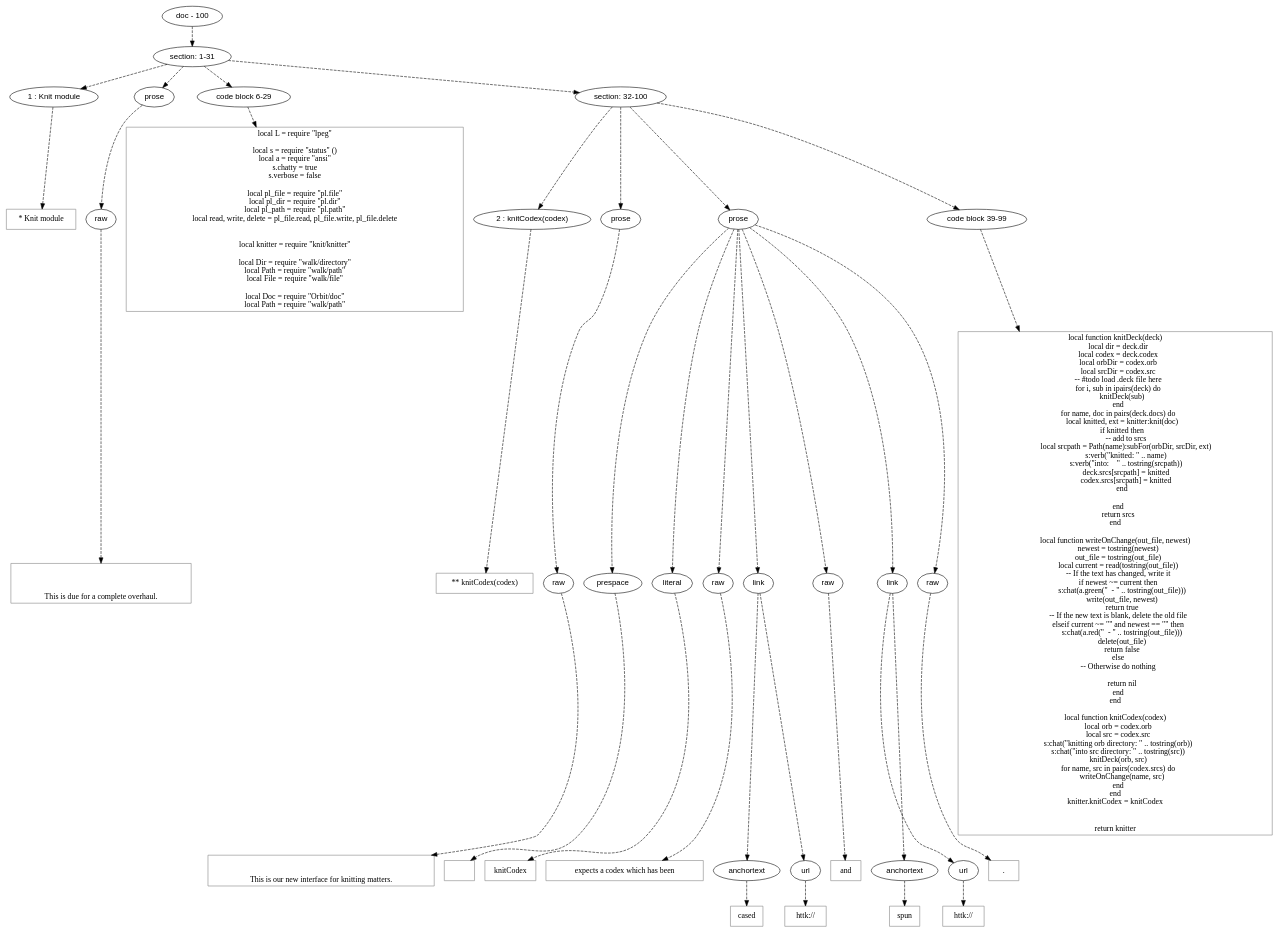
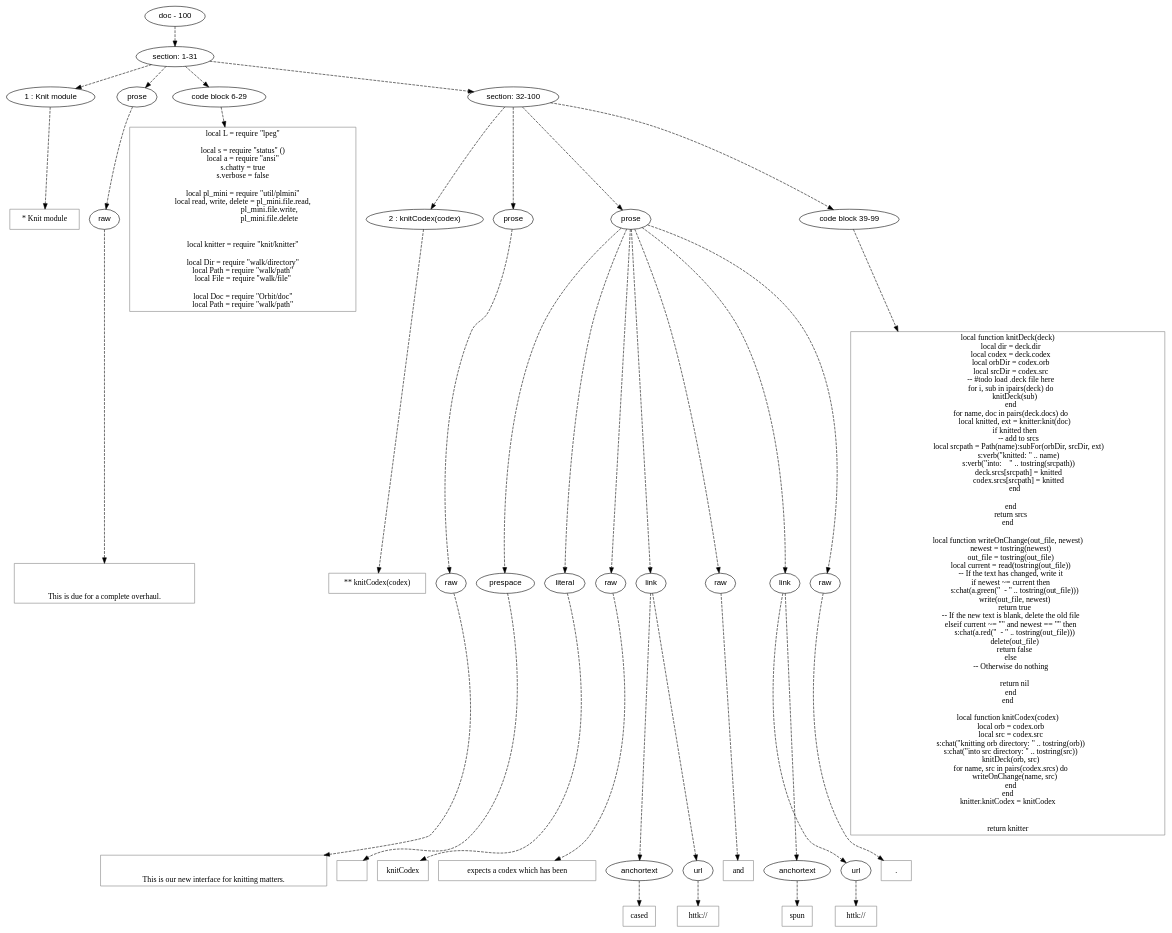
One commit to mnemnion/orb changed the diagram in doc/dot/knit/knit.dot. Above: the diagram before and after it, drawn with Graphviz. The commit also changed 49 other files, not shown here.

```diff
--- a/doc/dot/knit/knit.dot
+++ b/doc/dot/knit/knit.dot
@@ -56,10 +56,10 @@
 s.chatty = true
 s.verbose = false
 
-local pl_file = require \"pl.file\"
-local pl_dir = require \"pl.dir\"
-local pl_path = require \"pl.path\"
-local read, write, delete = pl_file.read, pl_file.write, pl_file.delete
+local pl_mini = require \"util/plmini\"
+local read, write, delete = pl_mini.file.read,
+                            pl_mini.file.write,
+                            pl_mini.file.delete
 
 
 local knitter = require \"knit/knitter\"
```
